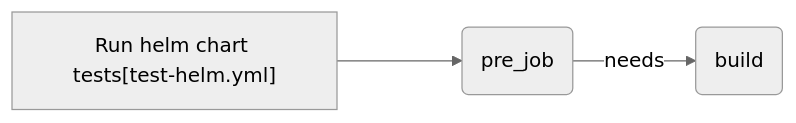
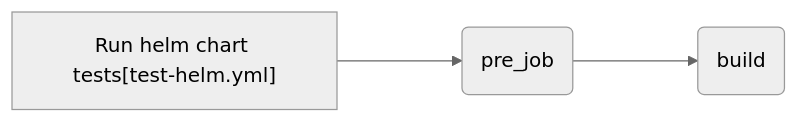
One commit to hpcc-systems/HPCC-Platform changed diagram 15 of 27 in .github/workflows/ActionFlow.md. Above: the diagram before and after it, drawn with Mermaid (neutral theme). The commit also changed other lines of this file, not shown here.

Commit message:
Remove uses and needs path-labels

````diff
--- a/.github/workflows/ActionFlow.md
+++ b/.github/workflows/ActionFlow.md
@@ -127,8 +127,8 @@
 ```mermaid
 
 flowchart LR
 
   RUN_HELM_CHART_TESTS["Run helm chart tests[test-helm.yml]"] ---> pre_job(pre_job)
-  pre_job(pre_job) --needs--> build(build)
+  pre_job(pre_job) ---> build(build)
 
 ```
````
